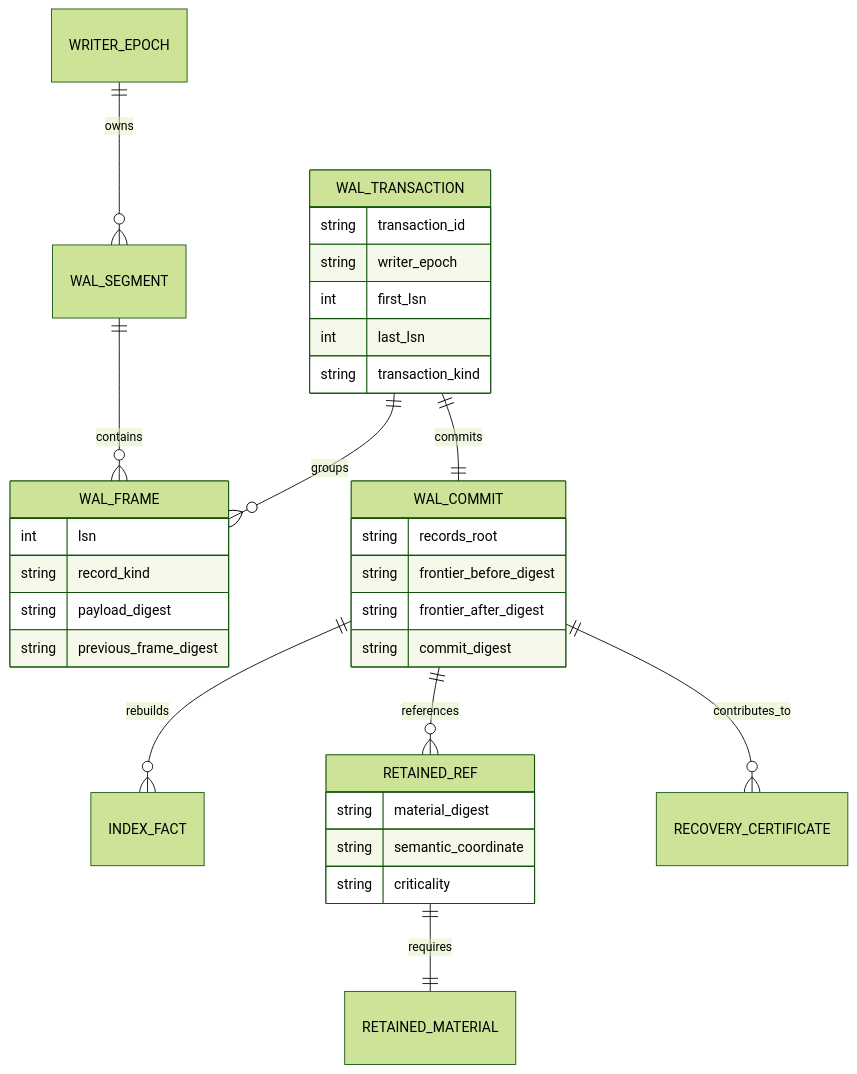
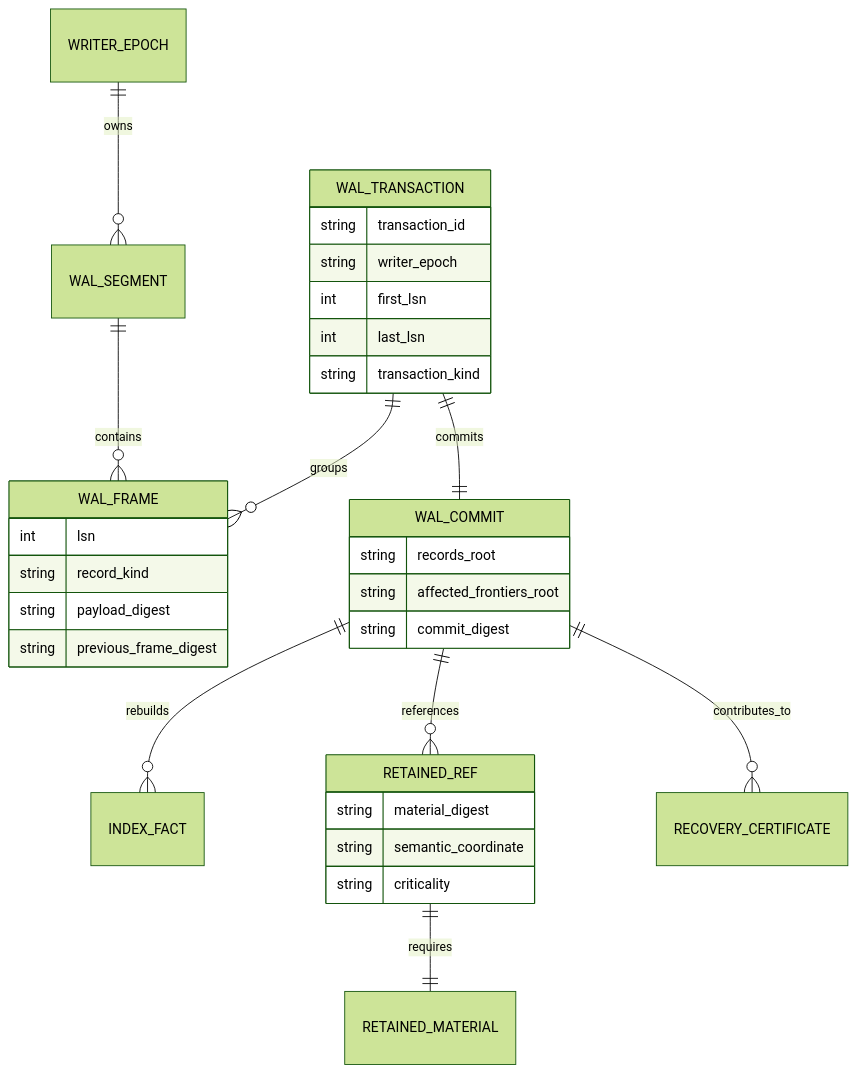
One commit to flyingrobots/echo changed the ninth of 15 diagrams in docs/design/causal-wal-end-to-end.md. Above: the diagram before and after it, drawn with Mermaid (forest theme). The commit also changed other lines of this file and 4 other files, not shown here.

````diff
--- a/docs/design/causal-wal-end-to-end.md
+++ b/docs/design/causal-wal-end-to-end.md
@@ -378,39 +493,38 @@
 ```mermaid
 erDiagram
     WRITER_EPOCH ||--o{ WAL_SEGMENT : owns
     WAL_SEGMENT ||--o{ WAL_FRAME : contains
     WAL_TRANSACTION ||--o{ WAL_FRAME : groups
     WAL_TRANSACTION ||--|| WAL_COMMIT : commits
     WAL_COMMIT ||--o{ INDEX_FACT : rebuilds
     WAL_COMMIT ||--o{ RETAINED_REF : references
     RETAINED_REF ||--|| RETAINED_MATERIAL : requires
     WAL_COMMIT ||--o{ RECOVERY_CERTIFICATE : contributes_to
 
     WAL_TRANSACTION {
       string transaction_id
       string writer_epoch
       int first_lsn
       int last_lsn
       string transaction_kind
     }
 
     WAL_FRAME {
       int lsn
       string record_kind
       string payload_digest
       string previous_frame_digest
     }
 
     WAL_COMMIT {
       string records_root
-      string frontier_before_digest
-      string frontier_after_digest
+      string affected_frontiers_root
       string commit_digest
     }
 
     RETAINED_REF {
       string material_digest
       string semantic_coordinate
       string criticality
     }
 ```
````
